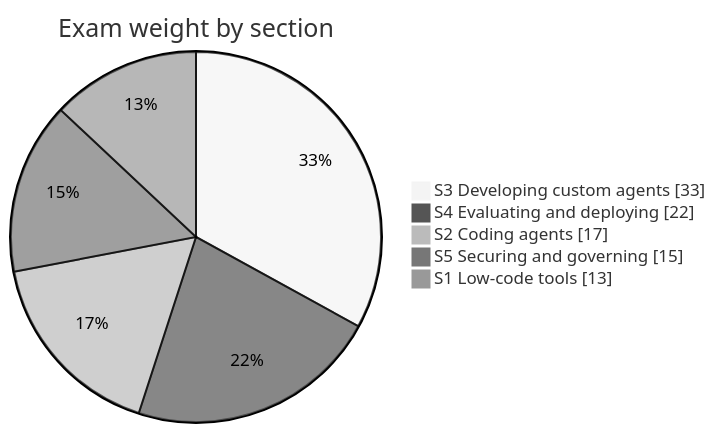
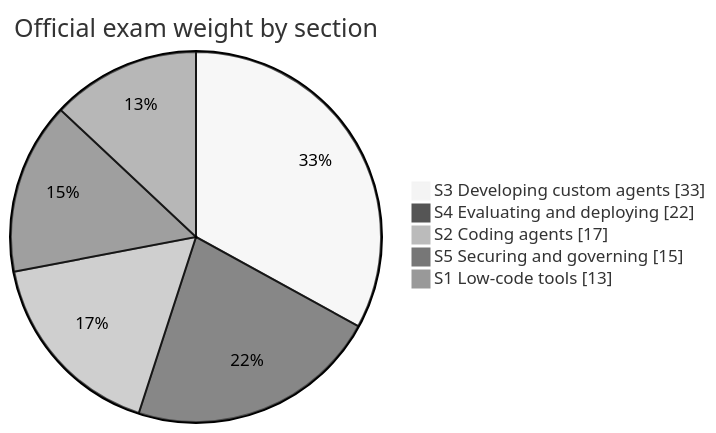
Before and after one commit to cmanikandan/gcp-certification-professional-agentic-architect: the diagram in docs/EXAM_GUIDE.md, drawn with Mermaid (neutral theme). The commit also changed other lines of this file and 78 other files, not shown here.

Commit message:
Rewrite course & 80-question practice exam for official Exam Guide & Beta insights

````diff
--- a/docs/EXAM_GUIDE.md
+++ b/docs/EXAM_GUIDE.md
@@ -50,9 +72,9 @@
 ```mermaid
 pie showData
-    title Exam weight by section
+    title Official exam weight by section
     "S3 Developing custom agents" : 33
     "S4 Evaluating and deploying" : 22
     "S2 Coding agents" : 17
     "S5 Securing and governing" : 15
     "S1 Low-code tools" : 13
 ```
````
